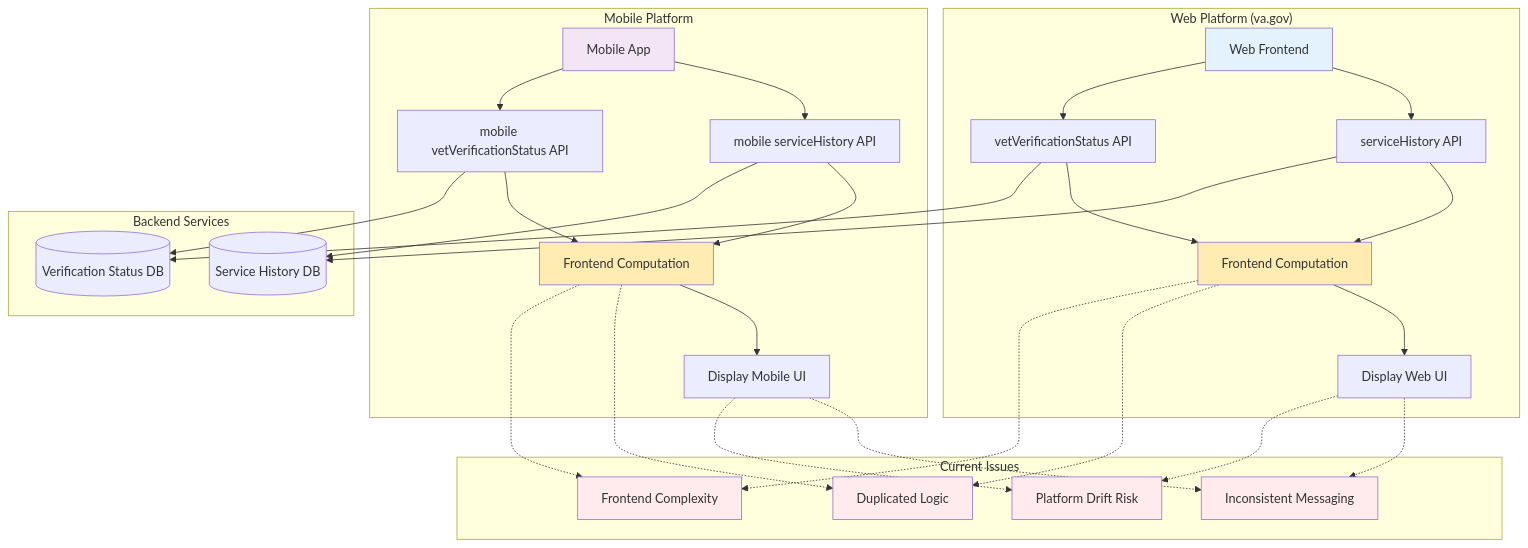
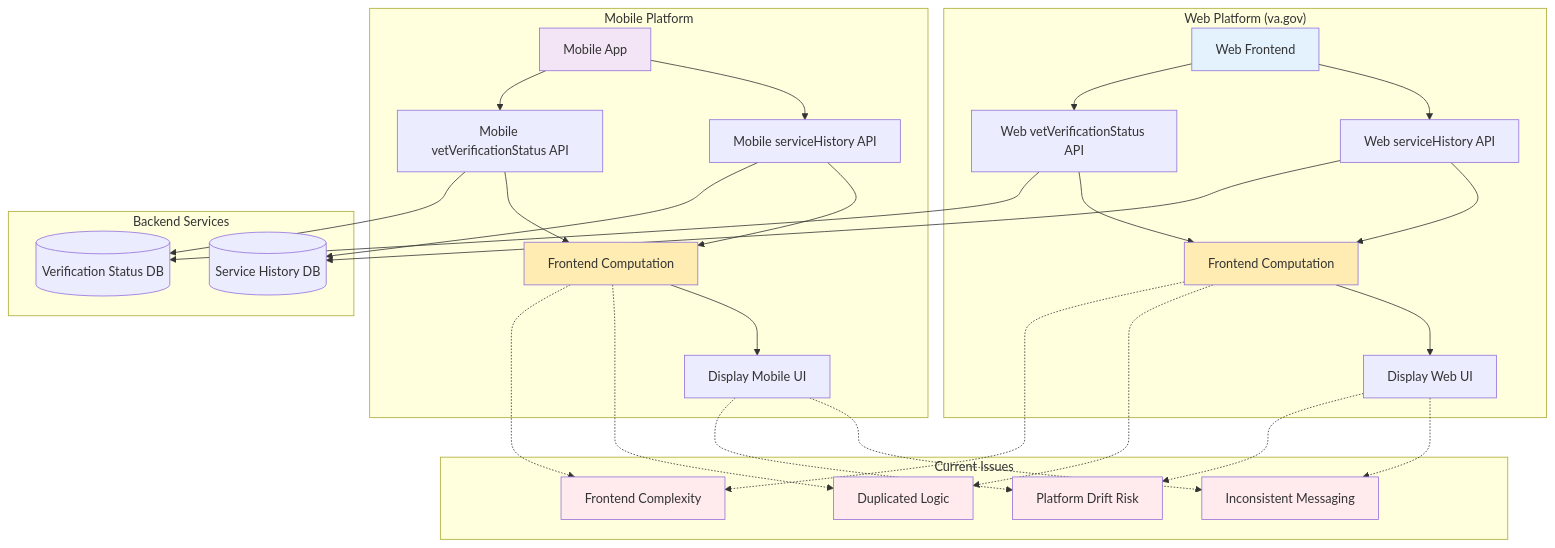
Before and after one commit to department-of-veterans-affairs/va-mobile-feature-support: the diagram in mermaid/projects/vsc-api-refactor/current-architecture.mmd, drawn with Mermaid. The commit also changed 10 other files, not shown here.

Commit message:
Tweak the diagramming // structure a lil

```diff
--- a/mermaid/projects/vsc-api-refactor/current-architecture.mmd
+++ b/mermaid/projects/vsc-api-refactor/current-architecture.mmd
@@ -1,48 +1,48 @@
 graph TD
     subgraph "Web Platform (va.gov)"
-        WEB[Web Frontend] --> API1[serviceHistory API]
-        WEB --> API2[vetVerificationStatus API]
+        WEB[Web Frontend] --> API1[Web serviceHistory API]
+        WEB --> API2[Web vetVerificationStatus API]
         API1 --> WEB_COMP[Frontend Computation]
         API2 --> WEB_COMP
         WEB_COMP --> WEB_UI[Display Web UI]
     end
     
     subgraph "Mobile Platform"
-        MOBILE[Mobile App] --> API3[mobile serviceHistory API]
-        MOBILE --> API4[mobile vetVerificationStatus API]
+        MOBILE[Mobile App] --> API3[Mobile serviceHistory API]
+        MOBILE --> API4[Mobile vetVerificationStatus API]
         API3 --> MOBILE_COMP[Frontend Computation]
         API4 --> MOBILE_COMP
         MOBILE_COMP --> MOBILE_UI[Display Mobile UI]
     end
     
     subgraph "Backend Services"
         API1 --> DB1[(Service History DB)]
         API2 --> DB2[(Verification Status DB)]
         API3 --> DB1
         API4 --> DB2
     end
     
     subgraph "Current Issues"
         ISSUE1[Duplicated Logic]
         ISSUE2[Inconsistent Messaging]
         ISSUE3[Frontend Complexity]
         ISSUE4[Platform Drift Risk]
     end
     
     WEB_COMP -.-> ISSUE1
     MOBILE_COMP -.-> ISSUE1
     WEB_UI -.-> ISSUE2
     MOBILE_UI -.-> ISSUE2
     WEB_COMP -.-> ISSUE3
     MOBILE_COMP -.-> ISSUE3
     WEB_UI -.-> ISSUE4
     MOBILE_UI -.-> ISSUE4
     
     style WEB fill:#e3f2fd
     style MOBILE fill:#f3e5f5
     style WEB_COMP fill:#ffecb3
     style MOBILE_COMP fill:#ffecb3
     style ISSUE1 fill:#ffebee
     style ISSUE2 fill:#ffebee
     style ISSUE3 fill:#ffebee
     style ISSUE4 fill:#ffebee
```
